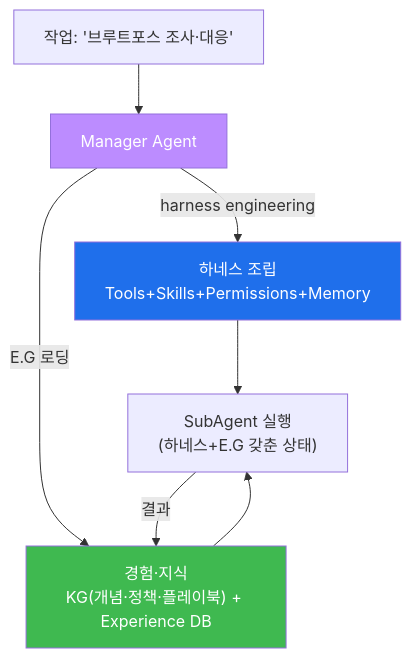
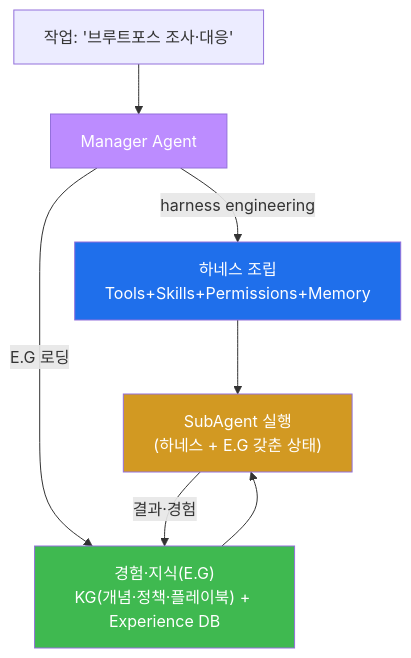
Before and after one commit to mrgrit/tw2: the second of 7 diagrams in contents/training/aisec/lecture_week04.md, drawn with Mermaid. The commit also changed other lines of this file and 304 other files, not shown here.

````diff
--- a/contents/training/aisec/lecture_week04.md
+++ b/contents/training/aisec/lecture_week04.md
@@ -73,12 +138,13 @@
 ```mermaid
 graph TD
     T["작업: '브루트포스 조사·대응'"] --> M["Manager Agent"]
     M -->|harness engineering| H["하네스 조립<br/>Tools+Skills+Permissions+Memory"]
-    M -->|E.G 로딩| EG["경험·지식<br/>KG(개념·정책·플레이북) + Experience DB"]
-    H --> SA["SubAgent 실행<br/>(하네스+E.G 갖춘 상태)"]
+    M -->|E.G 로딩| EG["경험·지식(E.G)<br/>KG(개념·정책·플레이북) + Experience DB"]
+    H --> SA["SubAgent 실행<br/>(하네스 + E.G 갖춘 상태)"]
     EG --> SA
-    SA -->|결과| EG
+    SA -->|결과·경험| EG
     style M fill:#bc8cff,color:#fff
     style H fill:#1f6feb,color:#fff
     style EG fill:#3fb950,color:#fff
+    style SA fill:#d29922,color:#fff
 ```
````
